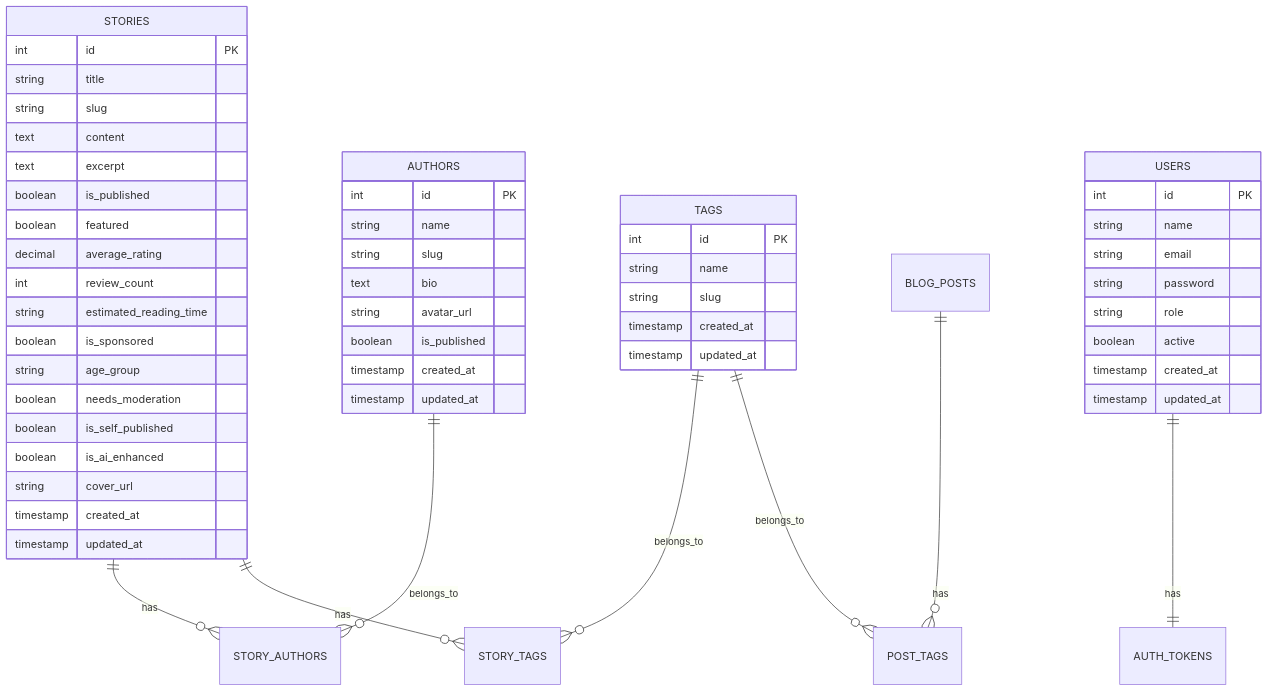
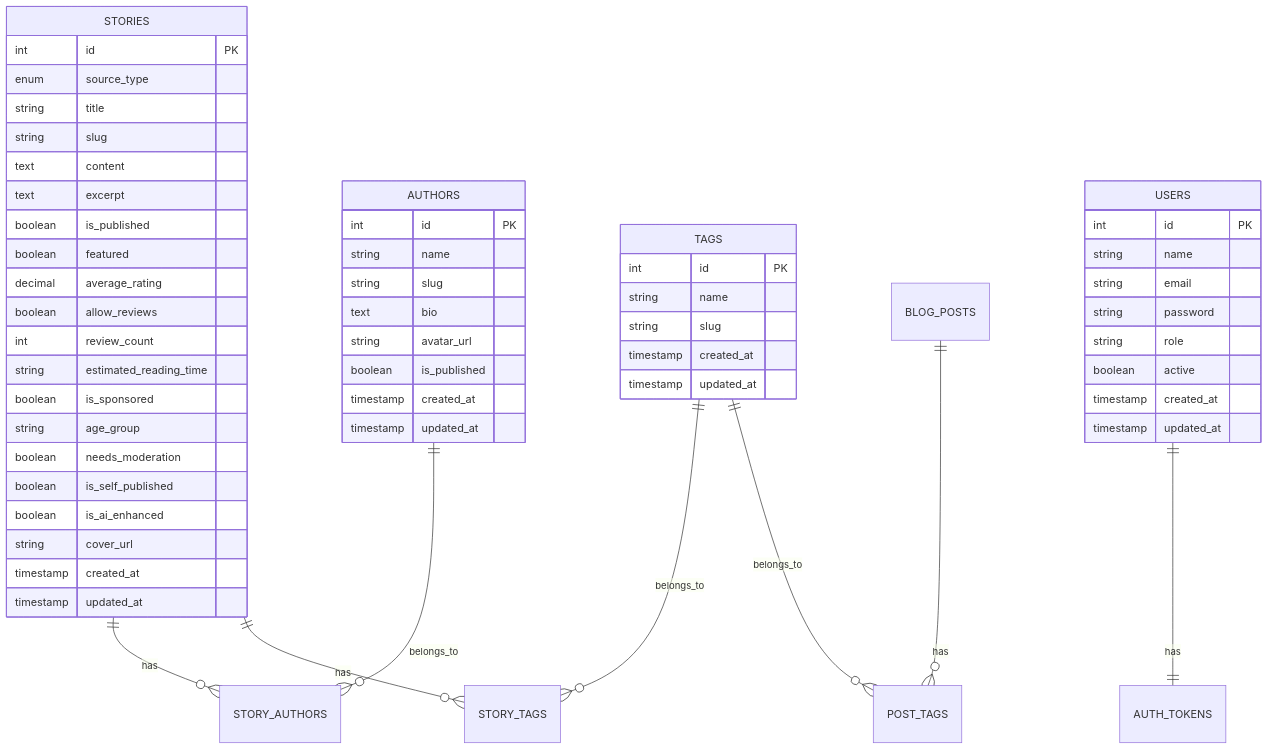
Before and after one commit to OpaceDigitalAgency/stories: the second of 9 diagrams in stories-backend/docs/comprehensive-system-architecture.md, drawn with Mermaid. The commit also changed other lines of this file and 6 other files, not shown here.

Commit message:
Support source_type and allow_reviews in stories

````diff
--- a/stories-backend/docs/comprehensive-system-architecture.md
+++ b/stories-backend/docs/comprehensive-system-architecture.md
@@ -273,61 +273,63 @@
 ```mermaid
 erDiagram
     STORIES ||--o{ STORY_AUTHORS : has
     STORIES ||--o{ STORY_TAGS : has
     AUTHORS ||--o{ STORY_AUTHORS : belongs_to
     TAGS ||--o{ STORY_TAGS : belongs_to
     BLOG_POSTS ||--o{ POST_TAGS : has
     TAGS ||--o{ POST_TAGS : belongs_to
     USERS ||--|| AUTH_TOKENS : has
     
     STORIES {
         int id PK
+        enum source_type
         string title
         string slug
         text content
         text excerpt
         boolean is_published
         boolean featured
         decimal average_rating
+        boolean allow_reviews
         int review_count
         string estimated_reading_time
         boolean is_sponsored
         string age_group
         boolean needs_moderation
         boolean is_self_published
         boolean is_ai_enhanced
         string cover_url
         timestamp created_at
         timestamp updated_at
     }
     
     AUTHORS {
         int id PK
         string name
         string slug
         text bio
         string avatar_url
         boolean is_published
         timestamp created_at
         timestamp updated_at
     }
     
     TAGS {
         int id PK
         string name
         string slug
         timestamp created_at
         timestamp updated_at
     }
     
     USERS {
         int id PK
         string name
         string email
         string password
         string role
         boolean active
         timestamp created_at
         timestamp updated_at
     }
 ```
````
